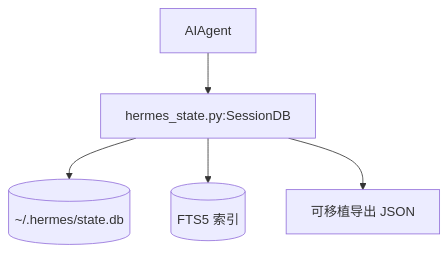
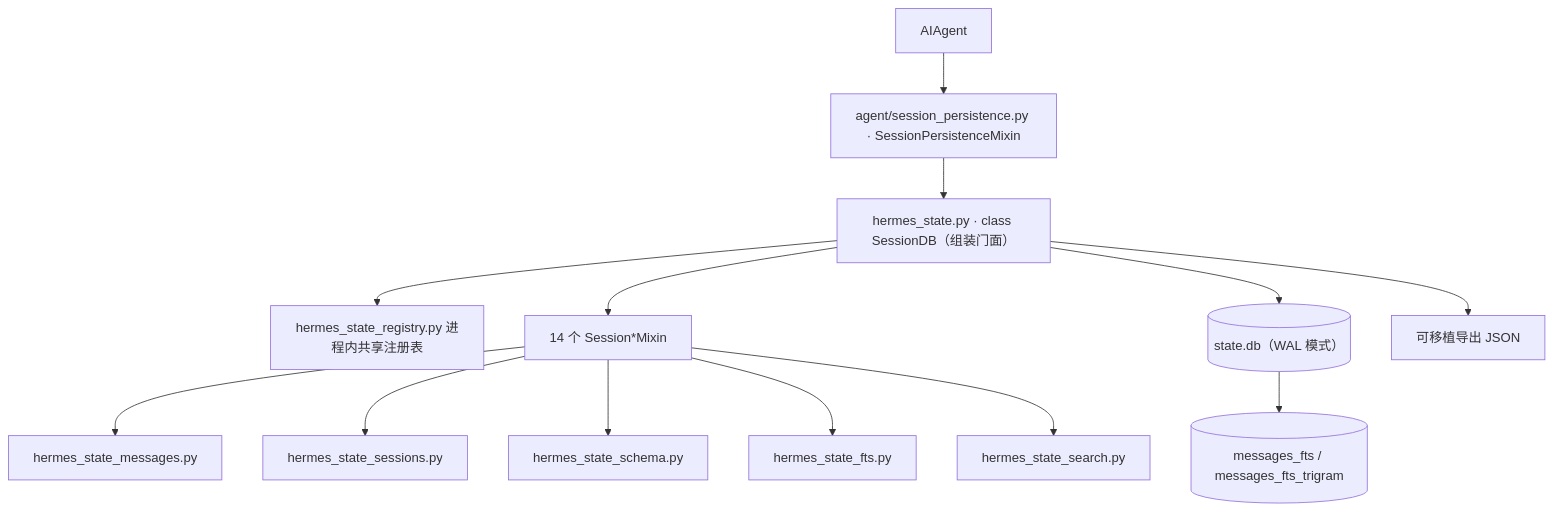
One commit to adrian9778/hermes-agent changed the first of 2 diagrams in docs/sourceReader/08-数据模型与会话存储.md. Above: the diagram before and after it, drawn with Mermaid. The commit also changed other lines of this file and 22 other files, not shown here.

````diff
--- a/docs/sourceReader/08-数据模型与会话存储.md
+++ b/docs/sourceReader/08-数据模型与会话存储.md
@@ -23,7 +29,15 @@
 ```mermaid
 flowchart TD
-    AG[AIAgent] --> DB[hermes_state.py:SessionDB]
-    DB --> SQLITE[(~/.hermes/state.db)]
-    DB --> FTS[(FTS5 索引)]
-    DB --> JSON[可移植导出 JSON]
+    AG["AIAgent"] --> SPER["agent/session_persistence.py · SessionPersistenceMixin"]
+    SPER --> DB["hermes_state.py · class SessionDB（组装门面）"]
+    DB --> REG["hermes_state_registry.py 进程内共享注册表"]
+    DB --> MIX["14 个 Session*Mixin"]
+    MIX --> MSG["hermes_state_messages.py"]
+    MIX --> SES["hermes_state_sessions.py"]
+    MIX --> SCH["hermes_state_schema.py"]
+    MIX --> FTS["hermes_state_fts.py"]
+    MIX --> SRCH["hermes_state_search.py"]
+    DB --> SQLITE[("state.db（WAL 模式）")]
+    SQLITE --> FTSIDX[("messages_fts / messages_fts_trigram")]
+    DB --> JSON["可移植导出 JSON"]
 ```
````
